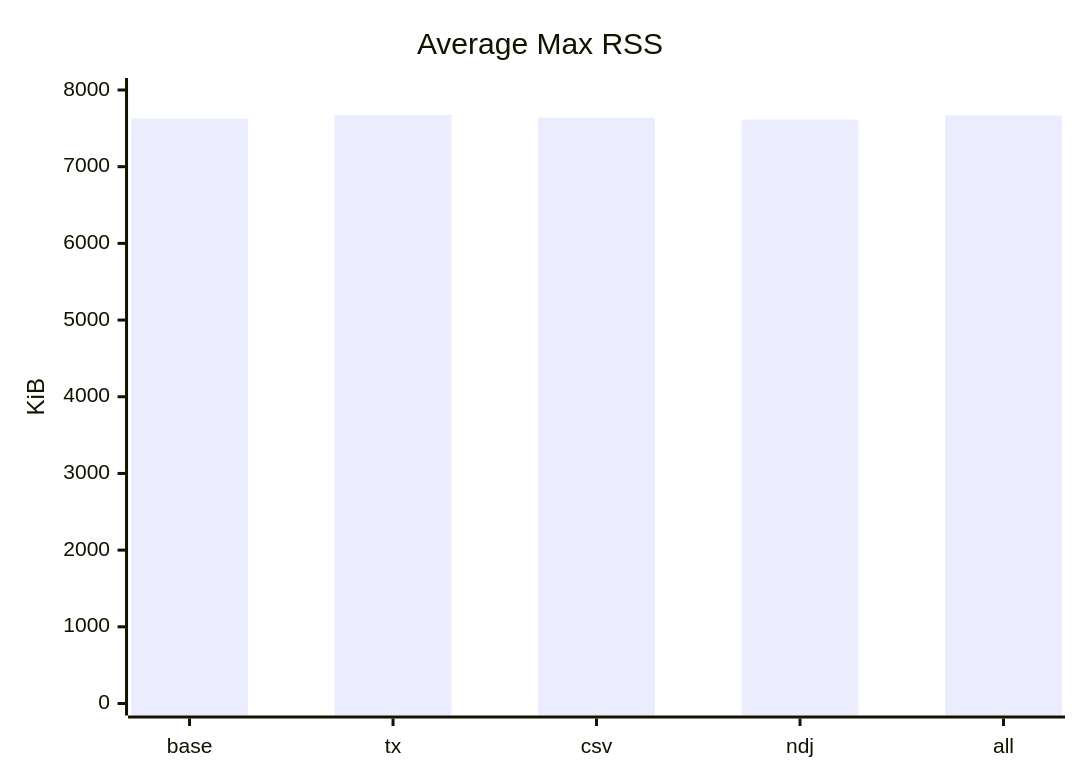
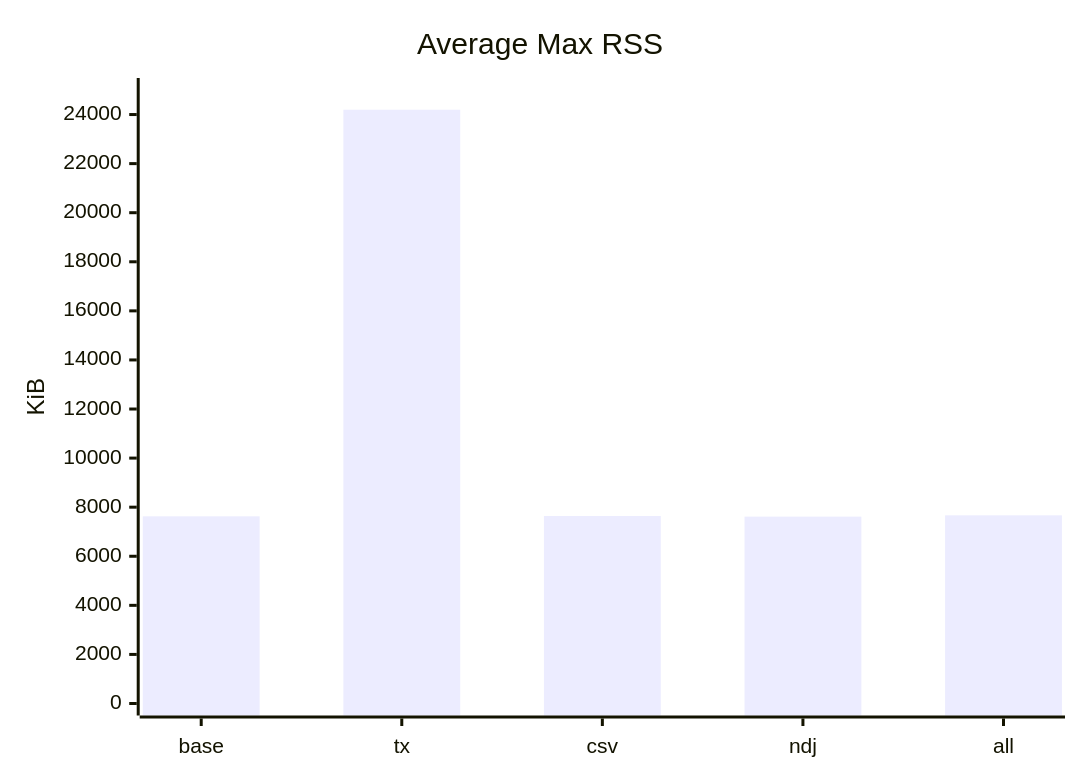
One commit to Raynhardt-Van-Zyl/noda-interview changed the third of 6 diagrams in METRICS.md. Above: the diagram before and after it, drawn with Mermaid. The commit also changed other lines of this file, not shown here.

````diff
--- a/METRICS.md
+++ b/METRICS.md
@@ -88,7 +88,7 @@
 ```mermaid
 xychart-beta
     title "Average Max RSS"
     x-axis ["base", "tx", "csv", "ndj", "all"]
-    y-axis "KiB" 0 --> 8000
-    bar [7628, 7674, 7640, 7614, 7668]
+    y-axis "KiB" 0 --> 25000
+    bar [7628, 24196, 7640, 7614, 7668]
 ```
````
